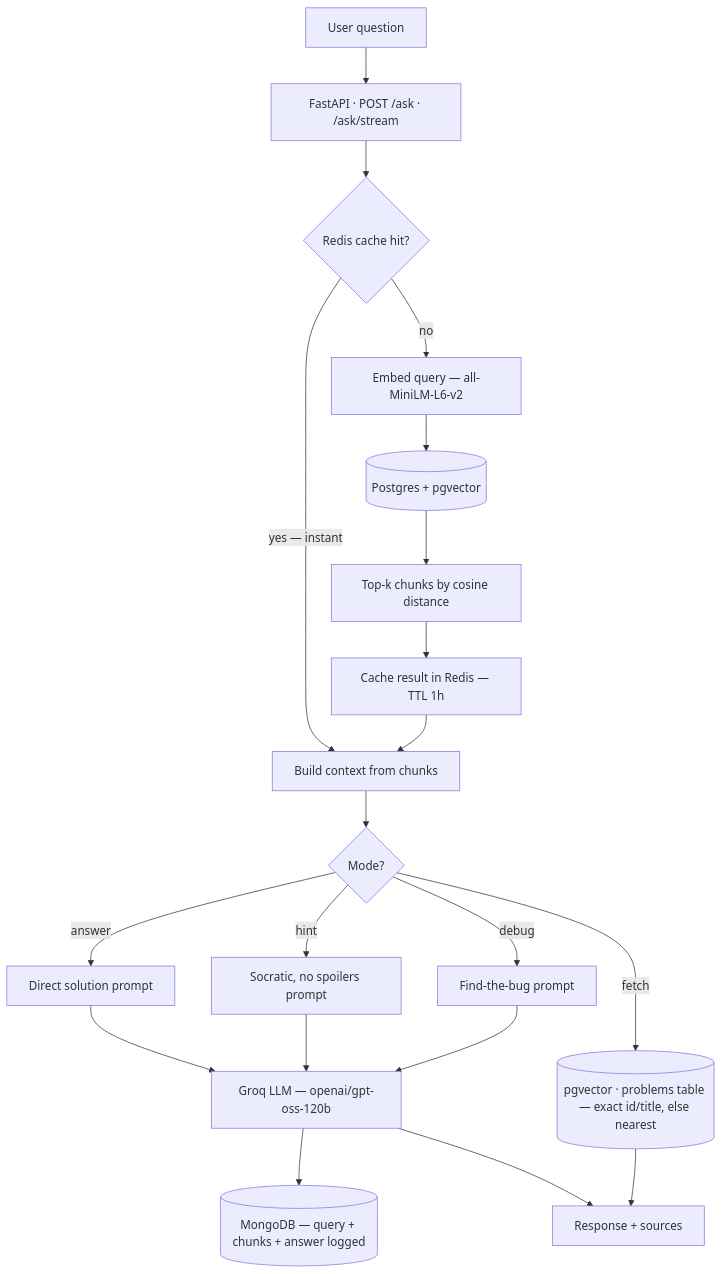
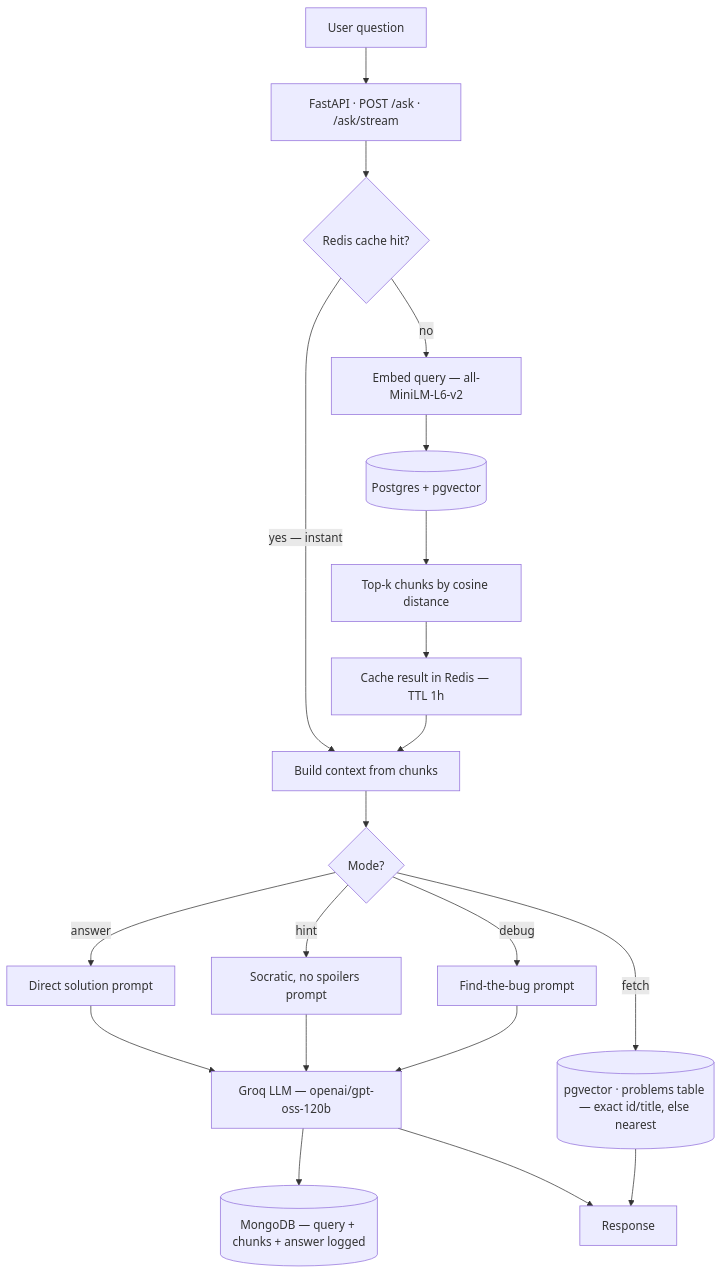
The first of 2 diagrams in README.md (Nitingupta0/Tutor), drawn with Mermaid before and after one commit. The commit also changed other lines of this file and 8 other files, not shown here.

````diff
--- a/README.md
+++ b/README.md
@@ -25,20 +25,20 @@
 ```mermaid
 flowchart TD
     U["User question"] --> API["FastAPI · POST /ask · /ask/stream"]
     API --> C{"Redis cache hit?"}
     C -- "yes — instant" --> CTX
     C -- "no" --> EMB["Embed query — all-MiniLM-L6-v2"]
     EMB --> PG[("Postgres + pgvector")]
     PG --> TOPK["Top-k chunks by cosine distance"]
     TOPK --> CACHESET["Cache result in Redis — TTL 1h"]
     CACHESET --> CTX["Build context from chunks"]
     CTX --> MODE{"Mode?"}
     MODE -- "answer" --> P1["Direct solution prompt"]
     MODE -- "hint" --> P2["Socratic, no spoilers prompt"]
     MODE -- "debug" --> P3["Find-the-bug prompt"]
     MODE -- "fetch" --> PROB[("pgvector · problems table — exact id/title, else nearest")]
     P1 & P2 & P3 --> LLM["Groq LLM — openai/gpt-oss-120b"]
     LLM --> LOG[("MongoDB — query + chunks + answer logged")]
-    LLM --> RESP["Response + sources"]
+    LLM --> RESP["Response"]
     PROB --> RESP
 ```
````
